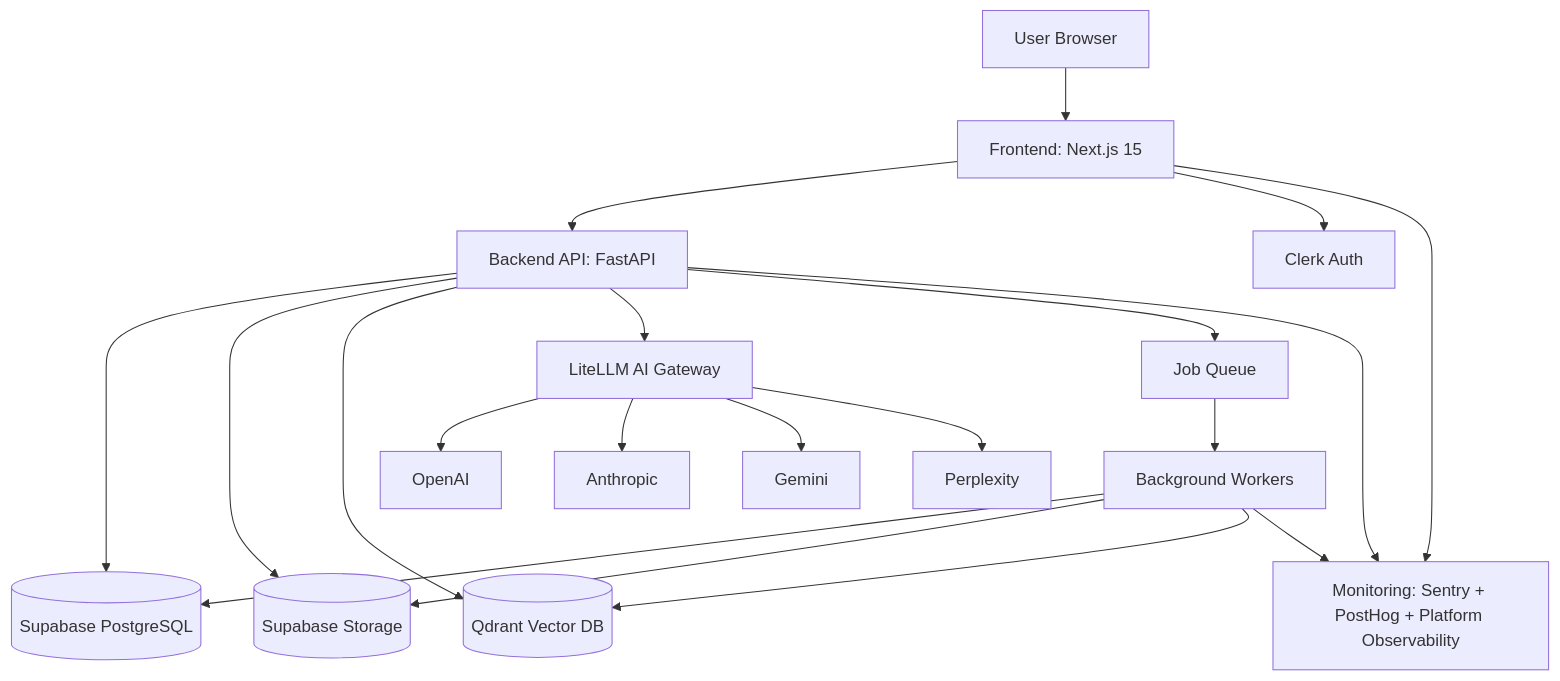
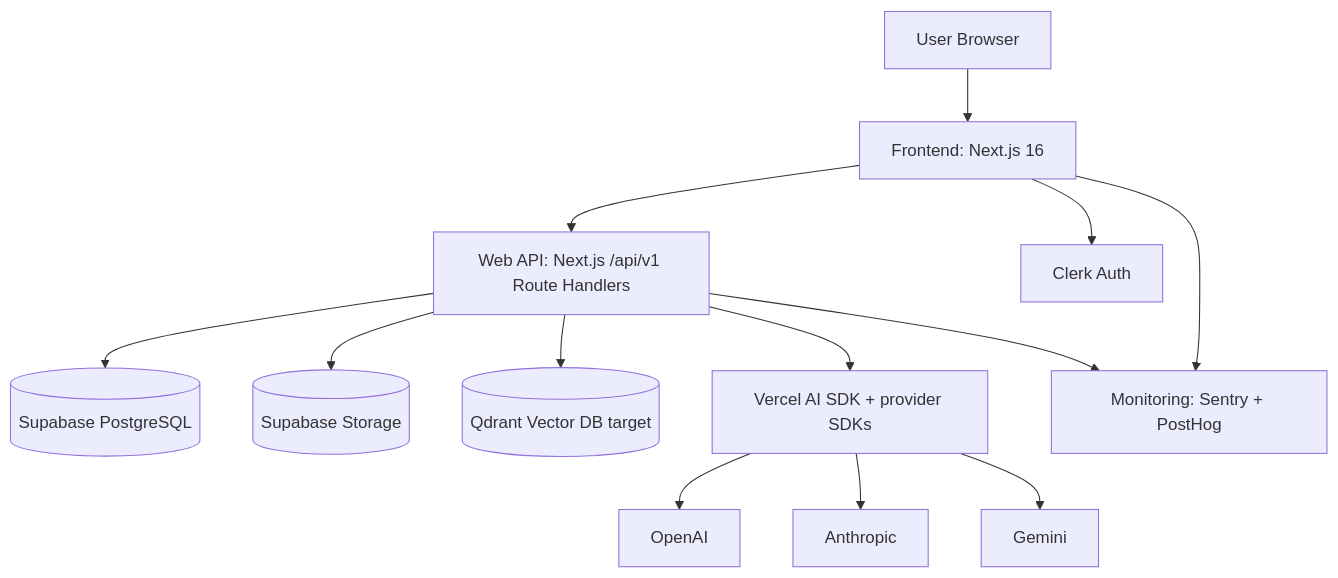
The first of 6 diagrams in docs/02-architecture/01-overall-system-architecture.md (abiodunadesesan/aproko-ai), drawn with Mermaid before and after one commit. The commit also changed other lines of this file and 49 other files, not shown here.

First line of the commit message:
Enhance AI capabilities and user experience in web app

````diff
--- a/docs/02-architecture/01-overall-system-architecture.md
+++ b/docs/02-architecture/01-overall-system-architecture.md
@@ -19,22 +19,15 @@
 ```mermaid
 graph TD
-  U[User Browser] --> FE[Frontend: Next.js 15]
-  FE --> API[Backend API: FastAPI]
+  U[User Browser] --> FE[Frontend: Next.js 16]
+  FE --> API[Web API: Next.js /api/v1 Route Handlers]
   FE --> AUTH[Clerk Auth]
   API --> PG[(Supabase PostgreSQL)]
   API --> STORE[(Supabase Storage)]
-  API --> VDB[(Qdrant Vector DB)]
-  API --> GATE[LiteLLM AI Gateway]
-  GATE --> OAI[OpenAI]
-  GATE --> ANT[Anthropic]
-  GATE --> GEM[Gemini]
-  GATE --> PPX[Perplexity]
-  API --> QUEUE[Job Queue]
-  QUEUE --> WORKERS[Background Workers]
-  WORKERS --> PG
-  WORKERS --> STORE
-  WORKERS --> VDB
-  FE --> OBS[Monitoring: Sentry + PostHog + Platform Observability]
+  API --> VDB[(Qdrant Vector DB target)]
+  API --> AISDK[Vercel AI SDK + provider SDKs]
+  AISDK --> OAI[OpenAI]
+  AISDK --> ANT[Anthropic]
+  AISDK --> GEM[Gemini]
+  FE --> OBS[Monitoring: Sentry + PostHog]
   API --> OBS
-  WORKERS --> OBS
 ```
````
